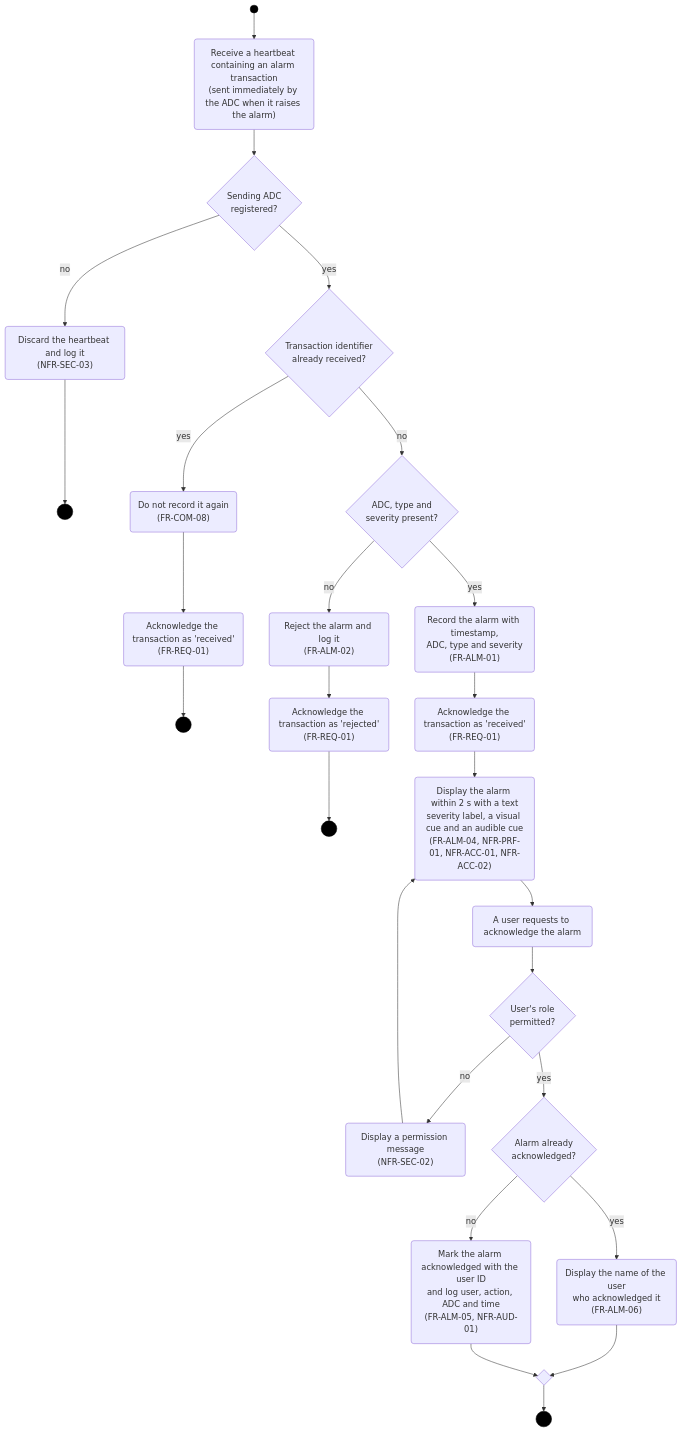
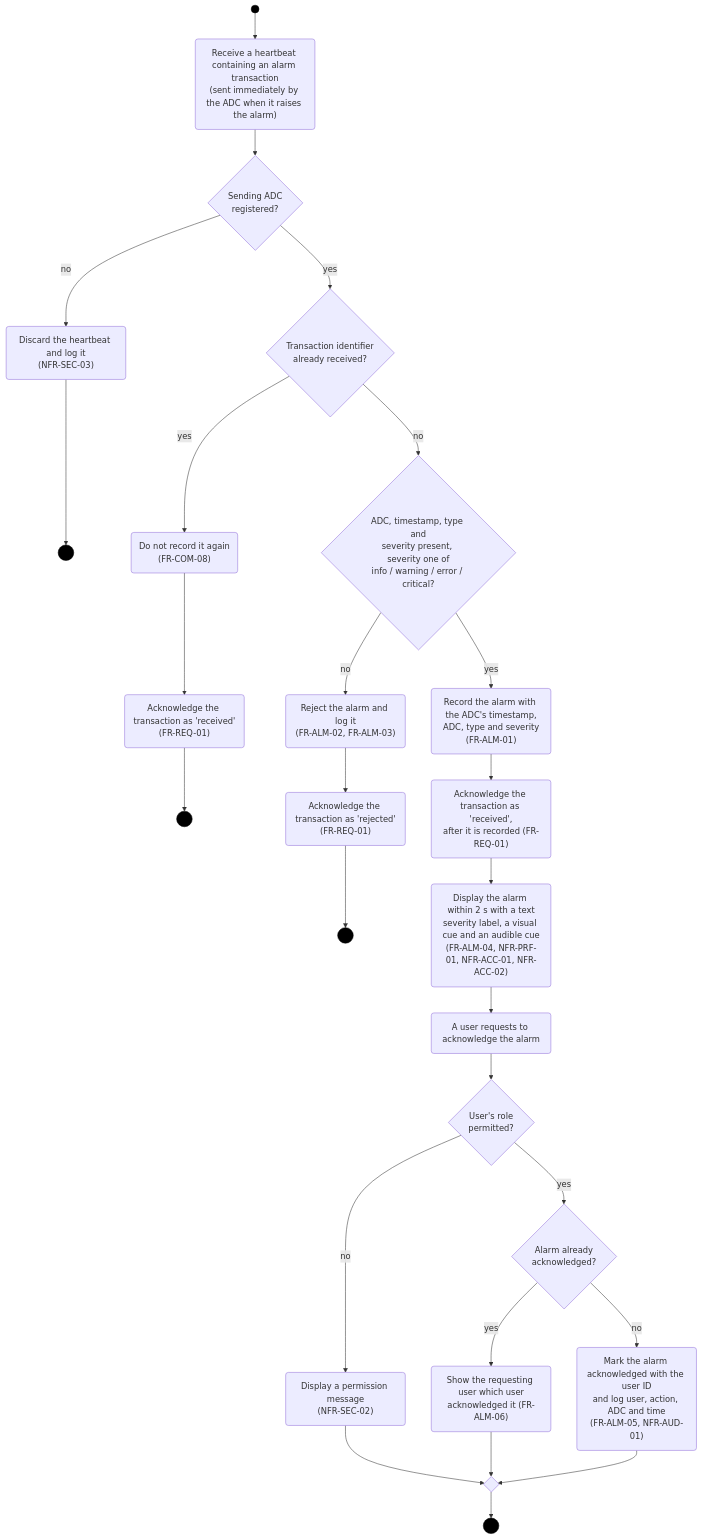
Before and after one commit to LukaMrt/3K04-project: the second of 4 diagrams in docs/part-b/diagrams/activity-diagram.md, drawn with Mermaid. The commit also changed other lines of this file and 10 other files, not shown here.

````diff
--- a/docs/part-b/diagrams/activity-diagram.md
+++ b/docs/part-b/diagrams/activity-diagram.md
@@ -33,33 +33,33 @@
 ```mermaid
 flowchart TD
     Start((" ")) --> Receive("Receive a heartbeat containing an alarm transaction<br/>(sent immediately by the ADC when it raises the alarm)")
     Receive --> Registered{"Sending ADC<br/>registered?"}
     Registered -- "no" --> Discard("Discard the heartbeat and log it<br/>(NFR-SEC-03)")
     Discard --> EndA(((" ")))
     Registered -- "yes" --> Duplicate{"Transaction identifier<br/>already received?"}
     Duplicate -- "yes" --> Skip("Do not record it again<br/>(FR-COM-08)")
     Skip --> AckDup("Acknowledge the transaction as 'received'<br/>(FR-REQ-01)")
     AckDup --> EndB(((" ")))
-    Duplicate -- "no" --> Complete{"ADC, type and<br/>severity present?"}
-    Complete -- "no" --> Reject("Reject the alarm and log it<br/>(FR-ALM-02)")
+    Duplicate -- "no" --> Complete{"ADC, timestamp, type and<br/>severity present, severity one of<br/>info / warning / error / critical?"}
+    Complete -- "no" --> Reject("Reject the alarm and log it<br/>(FR-ALM-02, FR-ALM-03)")
     Reject --> AckRej("Acknowledge the transaction as 'rejected'<br/>(FR-REQ-01)")
     AckRej --> EndC(((" ")))
-    Complete -- "yes" --> Record("Record the alarm with timestamp,<br/>ADC, type and severity<br/>(FR-ALM-01)")
-    Record --> AckOk("Acknowledge the transaction as 'received'<br/>(FR-REQ-01)")
+    Complete -- "yes" --> Record("Record the alarm with the ADC's timestamp,<br/>ADC, type and severity<br/>(FR-ALM-01)")
+    Record --> AckOk("Acknowledge the transaction as 'received',<br/>after it is recorded (FR-REQ-01)")
     AckOk --> Display("Display the alarm within 2 s with a text<br/>severity label, a visual cue and an audible cue<br/>(FR-ALM-04, NFR-PRF-01, NFR-ACC-01, NFR-ACC-02)")
     Display --> UserAck("A user requests to acknowledge the alarm")
     UserAck --> Permitted{"User's role<br/>permitted?"}
     Permitted -- "no" --> Denied("Display a permission message<br/>(NFR-SEC-02)")
-    Denied --> Display
+    Denied --> M
     Permitted -- "yes" --> Already{"Alarm already<br/>acknowledged?"}
-    Already -- "yes" --> Inform("Display the name of the user<br/>who acknowledged it<br/>(FR-ALM-06)")
+    Already -- "yes" --> Inform("Show the requesting user which user<br/>acknowledged it (FR-ALM-06)")
     Already -- "no" --> Mark("Mark the alarm acknowledged with the user ID<br/>and log user, action, ADC and time<br/>(FR-ALM-05, NFR-AUD-01)")
     Inform --> M{" "}
     Mark --> M
     M --> EndD(((" ")))
 
     classDef initial fill:#000,stroke:#000;
     classDef final fill:#000,stroke:#000;
     class Start initial;
     class EndA,EndB,EndC,EndD final;
 ```
````
